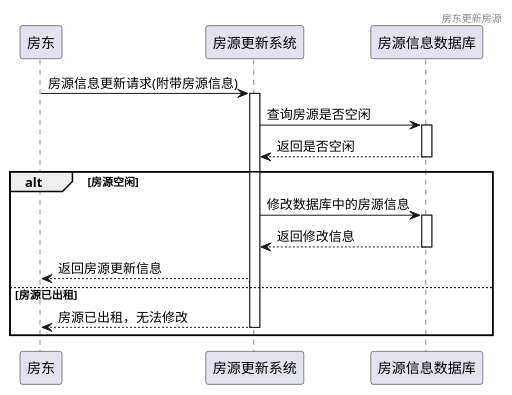
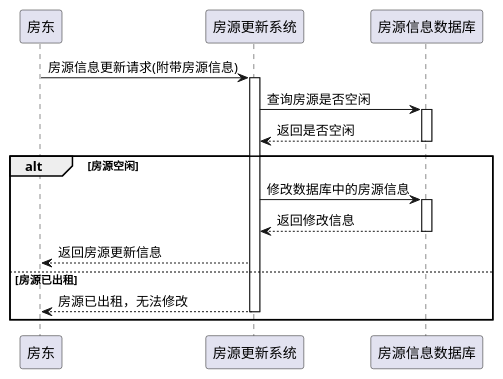
One commit to clysto/software-engineering changed the diagram in 时序图/房东更新房源时序图.plantuml. Above: the diagram before and after it, drawn with PlantUML. The commit also changed 27 other files, not shown here.

```diff
--- a/时序图/房东更新房源时序图.plantuml
+++ b/时序图/房东更新房源时序图.plantuml
@@ -1,39 +1,41 @@
-@startuml 房东更新房源
-header 房东更新房源
+@startuml 房东更新房源时序图
+
+skinparam shadowing false
+
 participant c as "房东"
 participant s as "房源更新系统"
 participant d as "房源信息数据库"
 
 
 c -> s: 房源信息更新请求(附带房源信息)
 activate s
 
 s -> d: 查询房源是否空闲
 activate d
 d --> s: 返回是否空闲
 deactivate d
 
 alt 房源空闲
 
     s -> d: 修改数据库中的房源信息
     activate d
     d --> s: 返回修改信息
     deactivate d
     s --> c: 返回房源更新信息
 
 
 else 房源已出租
     s --> c: 房源已出租，无法修改
     deactivate s
 end
 
 
 
 
 
 
 
 
 
 
 @enduml
```
